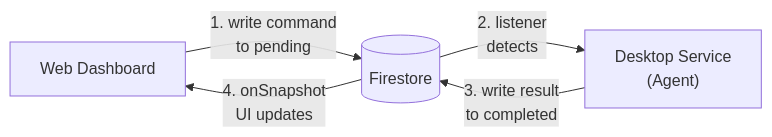
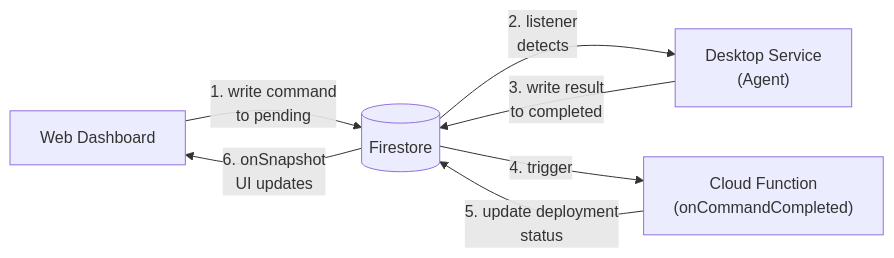
Before and after one commit to theexperiential/owlette: the third of 7 diagrams in docs/architecture.md, drawn with Mermaid. The commit also changed other lines of this file and 2 other files, not shown here.

First line of the commit message:
chore: misc tweaks — default project dir, cloud fns docs, preset rules

````diff
--- a/docs/architecture.md
+++ b/docs/architecture.md
@@ -88,11 +121,14 @@
 ```mermaid
 flowchart LR
     Dashboard["Web Dashboard"]
     FS[("Firestore")]
     Agent["Desktop Service\n(Agent)"]
+    CF["Cloud Function\n(onCommandCompleted)"]
 
     Dashboard -->|"1. write command\nto pending"| FS
     FS -->|"2. listener\ndetects"| Agent
     Agent -->|"3. write result\nto completed"| FS
-    FS -->|"4. onSnapshot\nUI updates"| Dashboard
+    FS -->|"4. trigger"| CF
+    CF -->|"5. update deployment\nstatus"| FS
+    FS -->|"6. onSnapshot\nUI updates"| Dashboard
 ```
````
